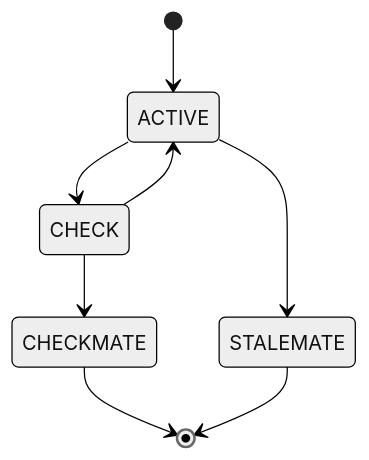
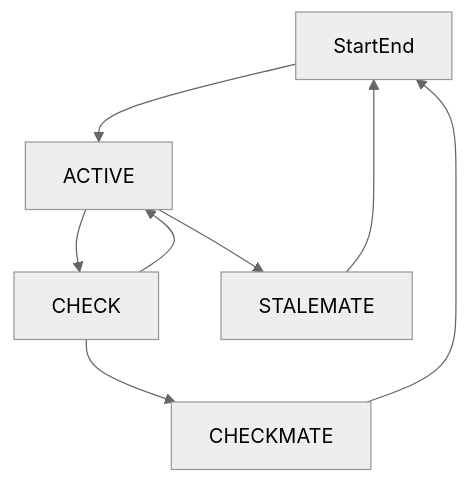
One commit to mthaiseer/springcloud-systemdesign-notes changed the sixth of 58 diagrams in LLD_NOTES/lld_visual_java_reference_fixed.md. Above: the diagram before and after it, drawn with Mermaid (neutral theme). The commit also changed other lines of this file, not shown here.

````diff
--- a/LLD_NOTES/lld_visual_java_reference_fixed.md
+++ b/LLD_NOTES/lld_visual_java_reference_fixed.md
@@ -377,10 +334,15 @@
 ```mermaid
-stateDiagram-v2
-  [*] --> ACTIVE
-  ACTIVE --> CHECK
-  CHECK --> ACTIVE
-  CHECK --> CHECKMATE
-  ACTIVE --> STALEMATE
-  CHECKMATE --> [*]
-  STALEMATE --> [*]
+flowchart TD
+  S1[StartEnd]
+  S2[ACTIVE]
+  S3[CHECK]
+  S4[CHECKMATE]
+  S5[STALEMATE]
+  S1 --> S2
+  S2 --> S3
+  S3 --> S2
+  S3 --> S4
+  S2 --> S5
+  S4 --> S1
+  S5 --> S1
 ```
````
